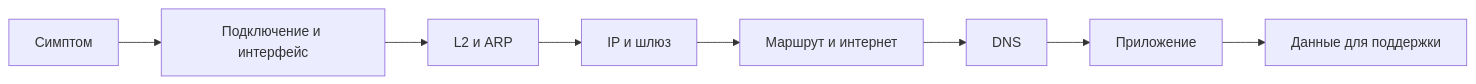
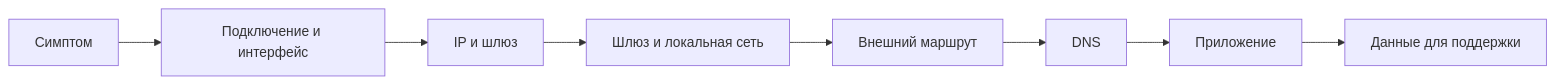
The diagram in 02-network-troubleshooting-guide/README.md (hunchers/technical-writing-portfolio), drawn with Mermaid before and after one commit. The commit also changed other lines of this file and 3 other files, not shown here.

````diff
--- a/02-network-troubleshooting-guide/README.md
+++ b/02-network-troubleshooting-guide/README.md
@@ -24,10 +27,10 @@
 ```mermaid
 flowchart LR
     A["Симптом"] --> B["Подключение и интерфейс"]
-    B --> C["L2 и ARP"]
-    C --> D["IP и шлюз"]
-    D --> E["Маршрут и интернет"]
+    B --> C["IP и шлюз"]
+    C --> D["Шлюз и локальная сеть"]
+    D --> E["Внешний маршрут"]
     E --> F["DNS"]
     F --> G["Приложение"]
     G --> H["Данные для поддержки"]
 ```
````
